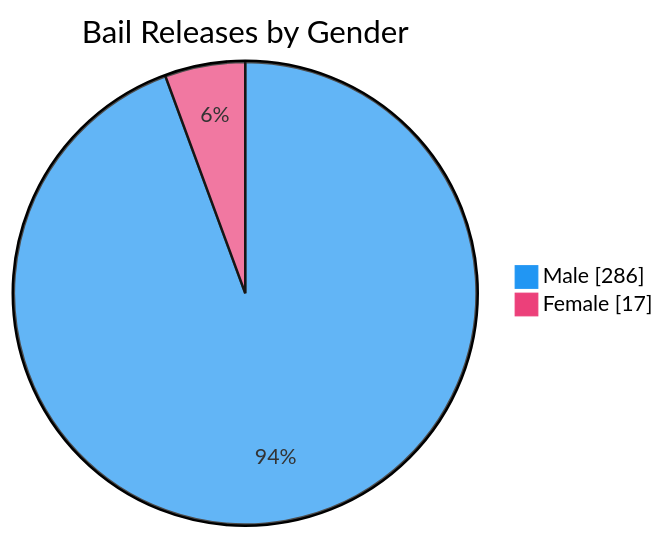
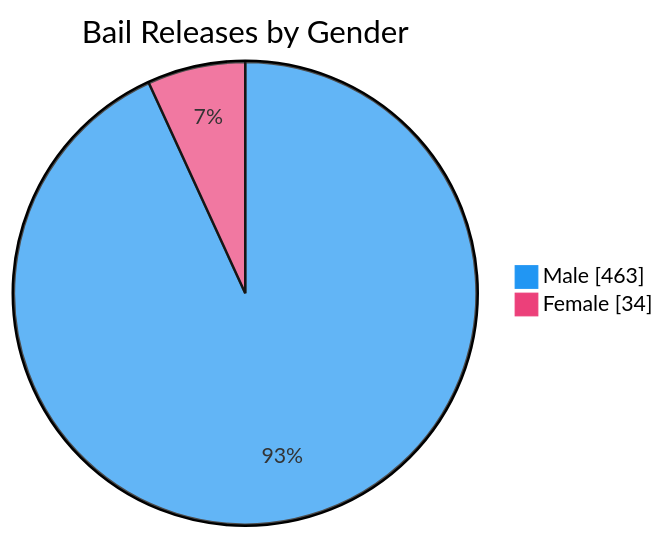
One commit to nuuuwan/lk_prisons changed the seventh of 7 diagrams in README.md. Above: the diagram before and after it, drawn with Mermaid. The commit also changed other lines of this file and 1 other file, not shown here.

````diff
--- a/README.md
+++ b/README.md
@@ -109,6 +109,6 @@
 ```mermaid
 %%{init: {'themeVariables': {'pie1': '#2196F3', 'pie2': '#EC407A'}}}%%
 pie showData title Bail Releases by Gender
-    "Male" : 286
-    "Female" : 17
+    "Male" : 463
+    "Female" : 34
 ```
````
